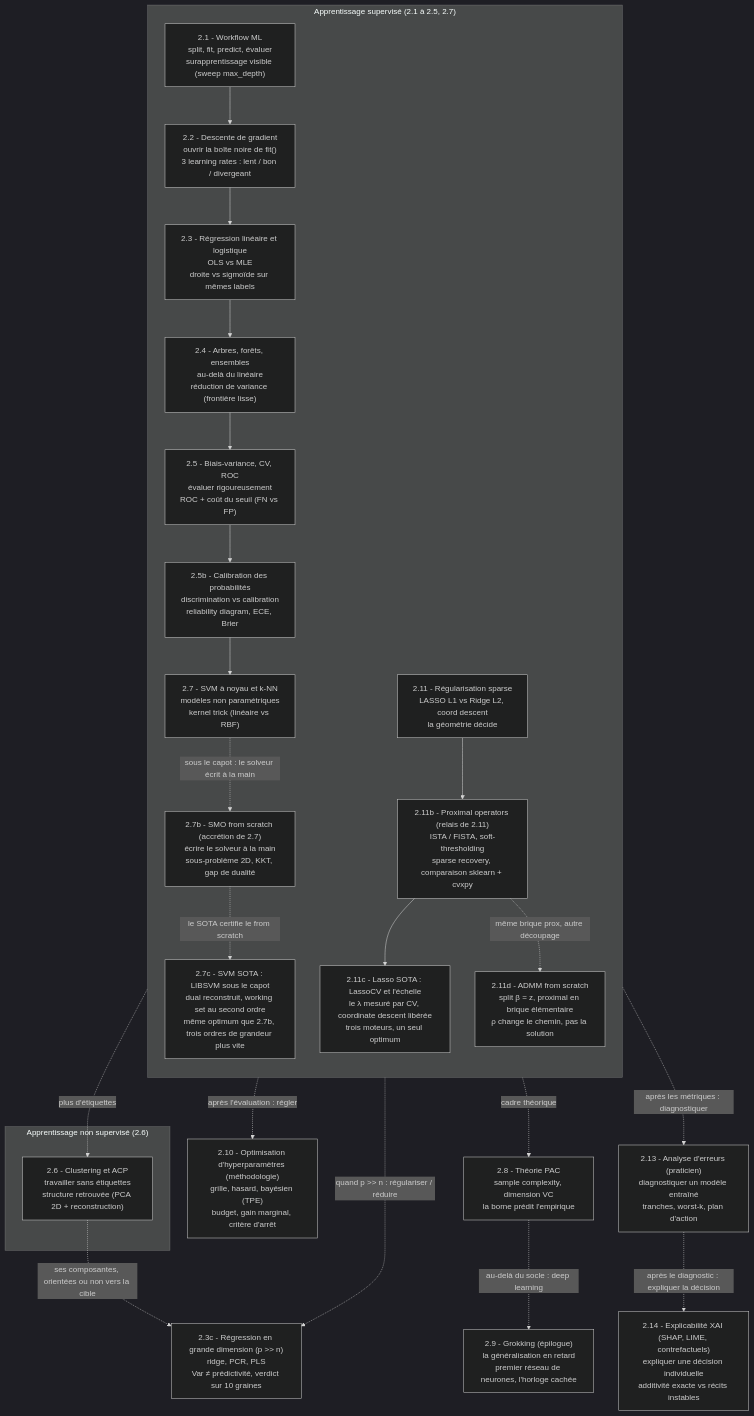
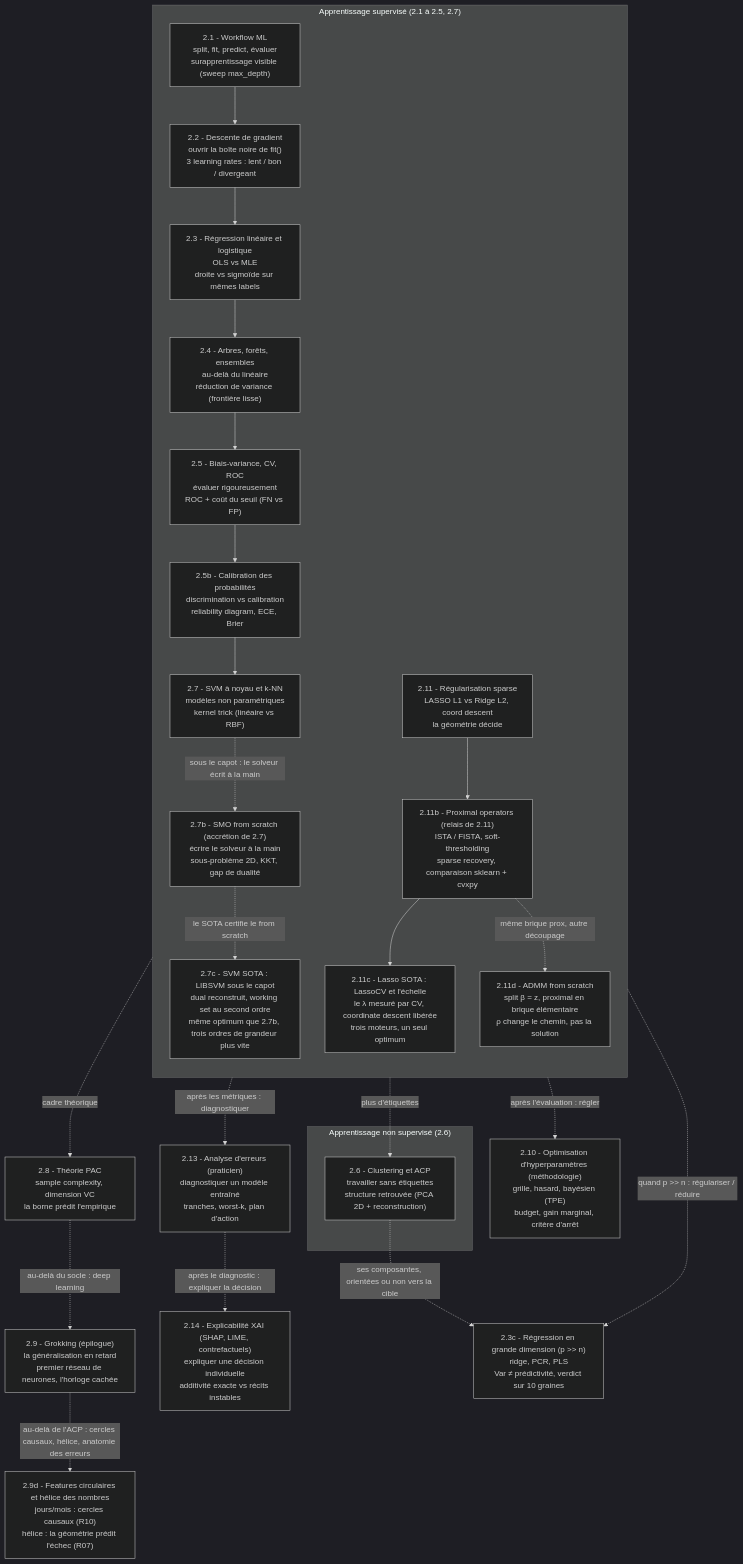
Before and after one commit to jsboige/CoursIA: the diagram in MyIA.AI.Notebooks/ML/DataScienceWithAgents/02-ML-Cours/README.md, drawn with Mermaid (dark theme). The commit also changed other lines of this file and 1 other file, not shown here.

First line of the commit message:
feat(ml,#16748): notebook 2.9d features circulaires (R10) + helice des nombres (R07) (#16844)

````diff
--- a/MyIA.AI.Notebooks/ML/DataScienceWithAgents/02-ML-Cours/README.md
+++ b/MyIA.AI.Notebooks/ML/DataScienceWithAgents/02-ML-Cours/README.md
@@ -110,41 +113,43 @@
 ```mermaid
 flowchart TD
     subgraph SUP["Apprentissage supervisé (2.1 à 2.5, 2.7)"]
       direction TB
       A["2.1 - Workflow ML<br/>split, fit, predict, évaluer<br/>surapprentissage visible (sweep max_depth)"]
       B["2.2 - Descente de gradient<br/>ouvrir la boîte noire de fit()<br/>3 learning rates : lent / bon / divergeant"]
       C["2.3 - Régression linéaire et logistique<br/>OLS vs MLE<br/>droite vs sigmoïde sur mêmes labels"]
       D["2.4 - Arbres, forêts, ensembles<br/>au-delà du linéaire<br/>réduction de variance (frontière lisse)"]
       E["2.5 - Biais-variance, CV, ROC<br/>évaluer rigoureusement<br/>ROC + coût du seuil (FN vs FP)"]
       E2["2.5b - Calibration des probabilités<br/>discrimination vs calibration<br/>reliability diagram, ECE, Brier"]
       G["2.7 - SVM à noyau et k-NN<br/>modèles non paramétriques<br/>kernel trick (linéaire vs RBF)"]
       M["2.7b - SMO from scratch (accrétion de 2.7)<br/>écrire le solveur à la main<br/>sous-problème 2D, KKT, gap de dualité"]
       P["2.7c - SVM SOTA : LIBSVM sous le capot<br/>dual reconstruit, working set au second ordre<br/>même optimum que 2.7b, trois ordres de grandeur plus vite"]
       S["2.11 - Régularisation sparse<br/>LASSO L1 vs Ridge L2, coord descent<br/>la géométrie décide"]
       N["2.11b - Proximal operators (relais de 2.11)<br/>ISTA / FISTA, soft-thresholding<br/>sparse recovery, comparaison sklearn + cvxpy"]
       Q["2.11c - Lasso SOTA : LassoCV et l'échelle<br/>le λ mesuré par CV, coordinate descent libérée<br/>trois moteurs, un seul optimum"]
       R["2.11d - ADMM from scratch<br/>split β = z, proximal en brique élémentaire<br/>ρ change le chemin, pas la solution"]
       A --> B --> C --> D --> E --> E2 --> G
       G -. "sous le capot : le solveur écrit à la main" .-> M
       M -. "le SOTA certifie le from scratch" .-> P
       S --> N --> Q
       N -. "même brique prox, autre découpage" .-> R
     end
     subgraph UNSUP["Apprentissage non supervisé (2.6)"]
       F["2.6 - Clustering et ACP<br/>travailler sans étiquettes<br/>structure retrouvée (PCA 2D + reconstruction)"]
     end
     H["2.8 - Théorie PAC<br/>sample complexity, dimension VC<br/>la borne prédit l'empirique"]
     I["2.9 - Grokking (épilogue)<br/>la généralisation en retard<br/>premier réseau de neurones, l'horloge cachée"]
+    I2["2.9d - Features circulaires et hélice des nombres<br/>jours/mois : cercles causaux (R10)<br/>hélice : la géométrie prédit l'échec (R07)"]
     E -. "plus d'étiquettes" .-> F
     E -. "cadre théorique" .-> H
     H -. "au-delà du socle : deep learning" .-> I
+    I -. "au-delà de l'ACP : cercles causaux, hélice, anatomie des erreurs" .-> I2
     J["2.13 - Analyse d'erreurs (praticien)<br/>diagnostiquer un modèle entraîné<br/>tranches, worst-k, plan d'action"]
     E -. "après les métriques : diagnostiquer" .-> J
     O["2.14 - Explicabilité XAI (SHAP, LIME, contrefactuels)<br/>expliquer une décision individuelle<br/>additivité exacte vs récits instables"]
     J -. "après le diagnostic : expliquer la décision" .-> O
     K["2.10 - Optimisation d'hyperparamètres (méthodologie)<br/>grille, hasard, bayésien (TPE)<br/>budget, gain marginal, critère d'arrêt"]
     E -. "après l'évaluation : régler" .-> K
     L["2.3c - Régression en grande dimension (p >> n)<br/>ridge, PCR, PLS<br/>Var ≠ prédictivité, verdict sur 10 graines"]
     C -. "quand p >> n : régulariser / réduire" .-> L
     F -. "ses composantes, orientées ou non vers la cible" .-> L
 ```
````
